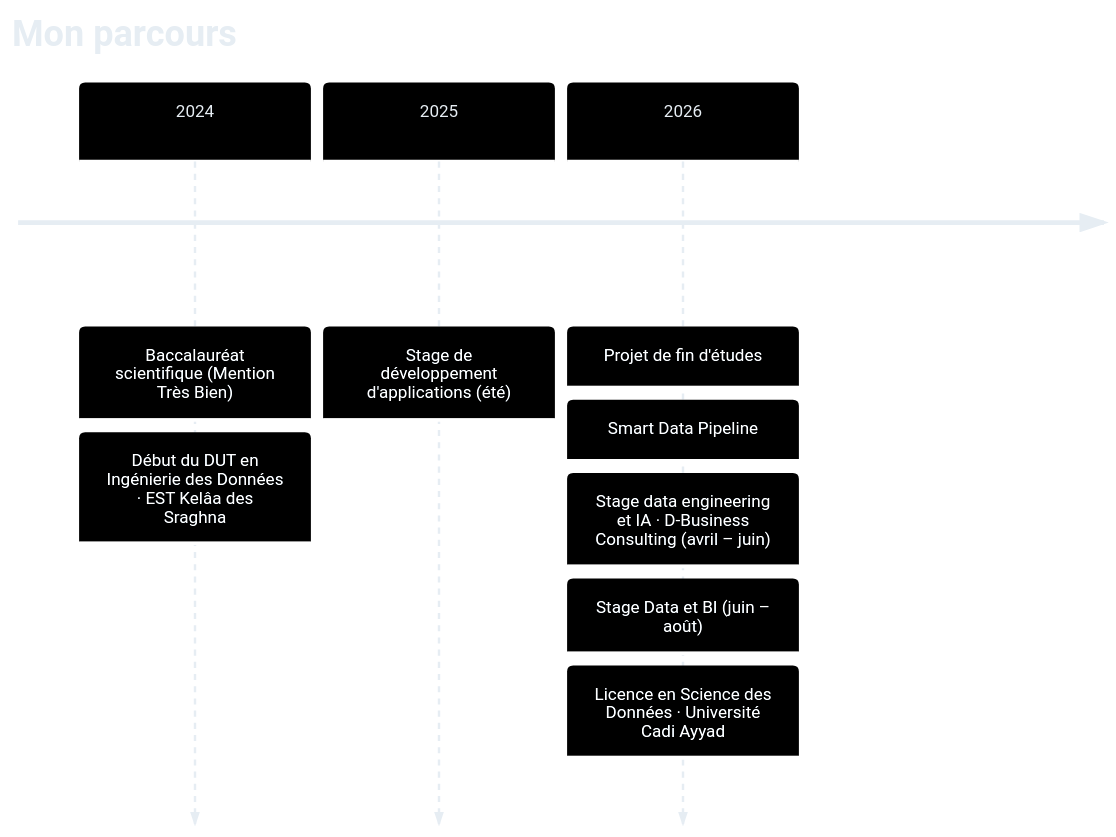
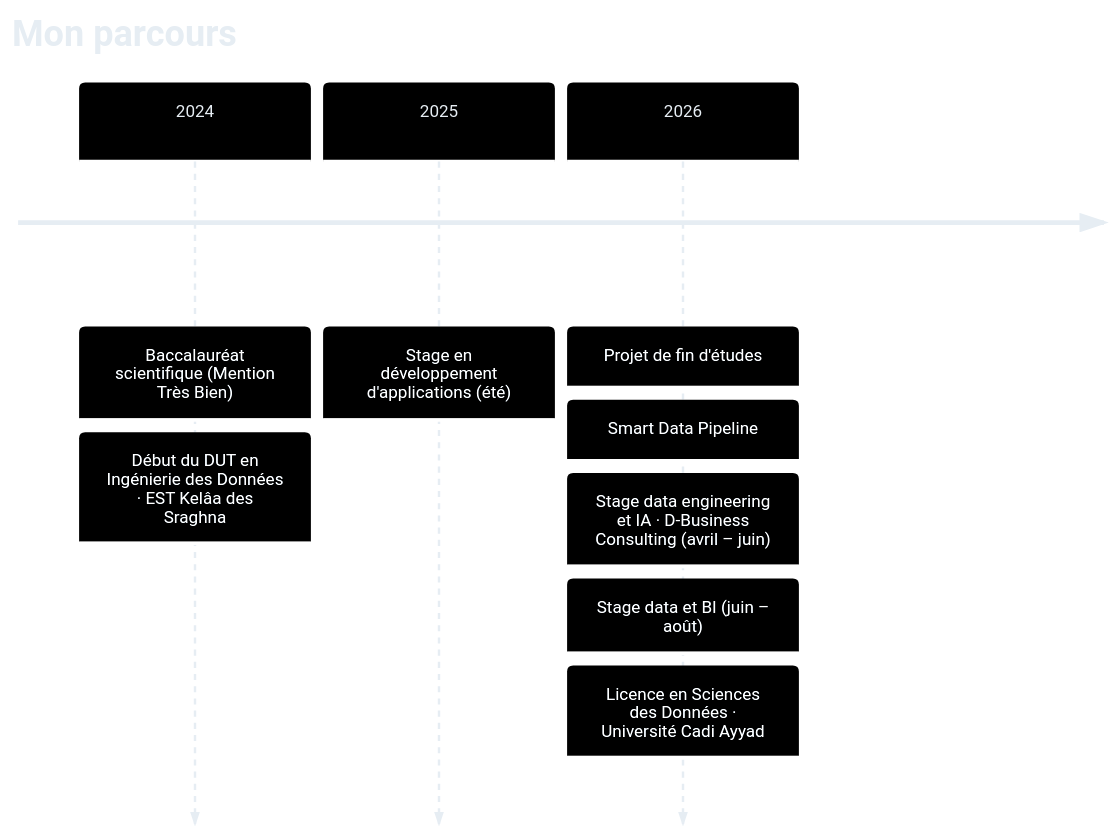
Before and after one commit to Samah-boudallaa/Samah-boudallaa: the diagram in README.fr.md, drawn with Mermaid. The commit also changed other lines of this file, not shown here.

````diff
--- a/README.fr.md
+++ b/README.fr.md
@@ -280,12 +296,12 @@
 ```mermaid
 %%{init: {"theme":"base","themeVariables":{"primaryColor":"#1c1730","primaryTextColor":"#e6edf3","primaryBorderColor":"#7c3aed","lineColor":"#a371f7","secondaryColor":"#1c1730","tertiaryColor":"#0d1117","fontSize":"14px"}}}%%
 timeline
     title Mon parcours
     2024 : Baccalauréat scientifique (Mention Très Bien)
          : Début du DUT en Ingénierie des Données · EST Kelâa des Sraghna
-    2025 : Stage de développement d'applications (été)
+    2025 : Stage en développement d'applications (été)
     2026 : Projet de fin d'études : Smart Data Pipeline
          : Stage data engineering et IA · D-Business Consulting (avril – juin)
-         : Stage Data et BI (juin – août)
-         : Licence en Science des Données · Université Cadi Ayyad
+         : Stage data et BI (juin – août)
+         : Licence en Sciences des Données · Université Cadi Ayyad
 ```
````
